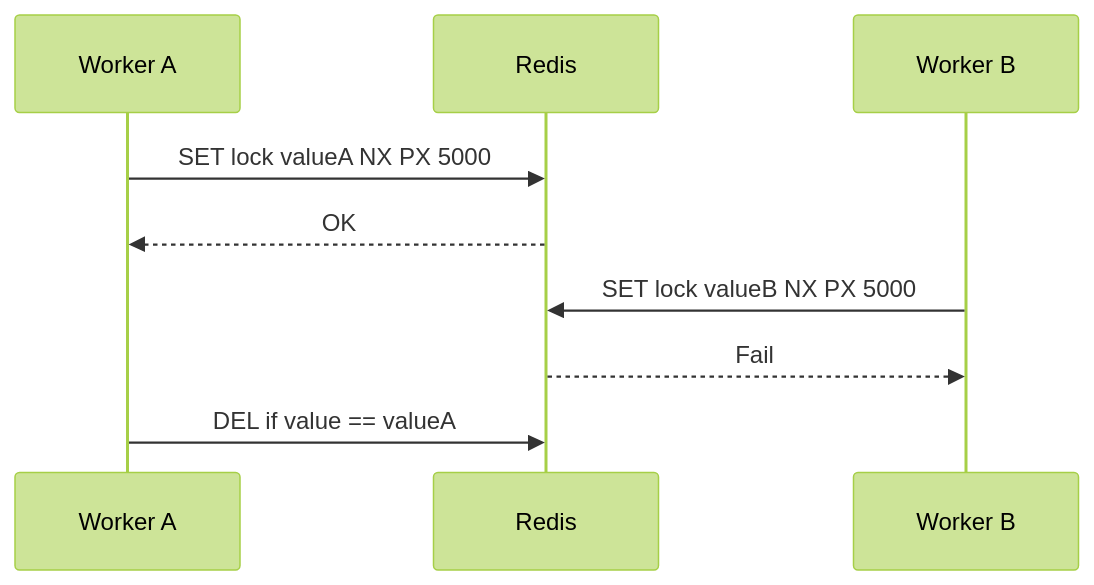
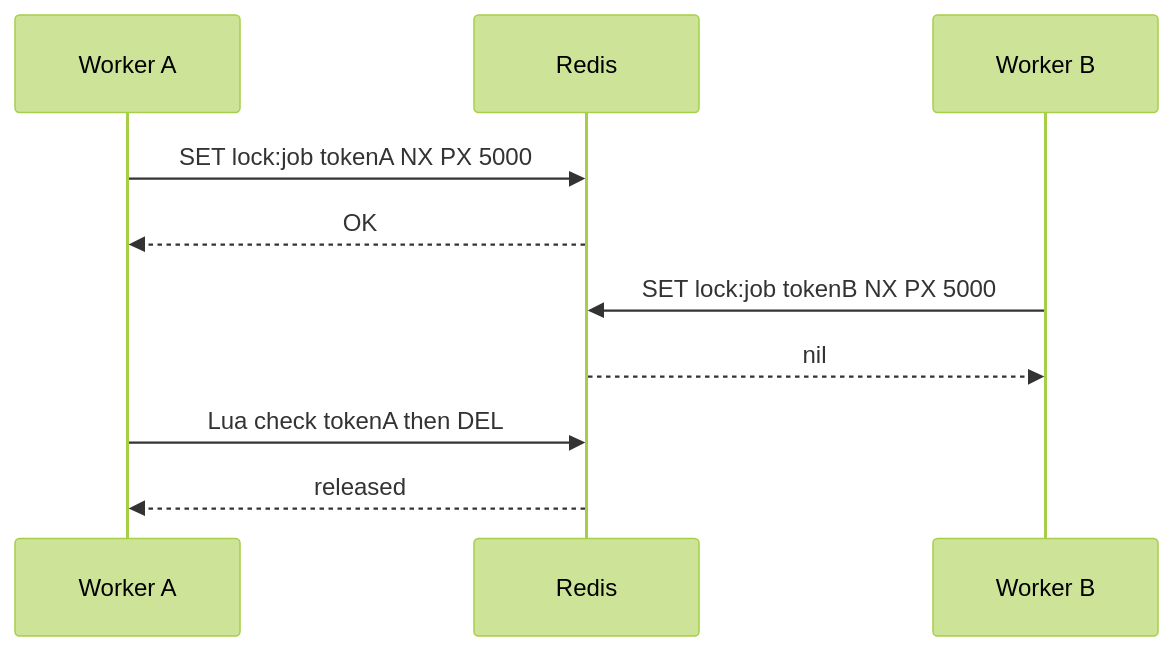
Before and after one commit to AmazingCaddy/readings-backend: the first of 3 diagrams in docs/cache/distributed-lock.md, drawn with Mermaid (forest theme). The commit also changed other lines of this file, not shown here.

Commit message:
docs: expand distributed lock guide

````diff
--- a/docs/cache/distributed-lock.md
+++ b/docs/cache/distributed-lock.md
@@ -9,12 +12,13 @@
 ```mermaid
 sequenceDiagram
     participant A as Worker A
     participant R as Redis
     participant B as Worker B
 
-    A->>R: SET lock valueA NX PX 5000
+    A->>R: SET lock:job tokenA NX PX 5000
     R-->>A: OK
-    B->>R: SET lock valueB NX PX 5000
-    R-->>B: Fail
-    A->>R: DEL if value == valueA
+    B->>R: SET lock:job tokenB NX PX 5000
+    R-->>B: nil
+    A->>R: Lua check tokenA then DEL
+    R-->>A: released
 ```
````
